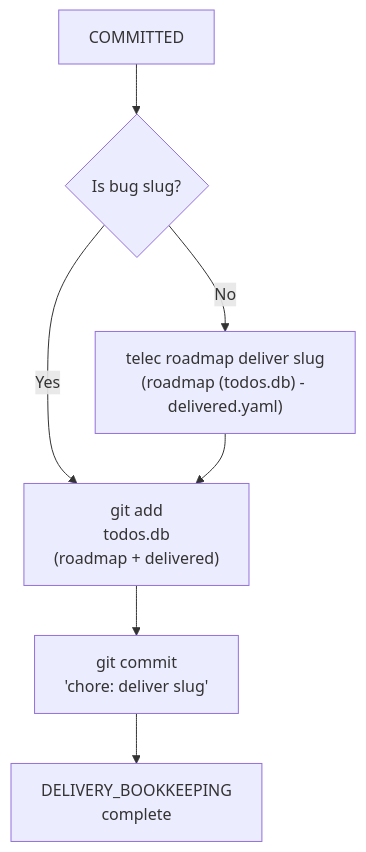
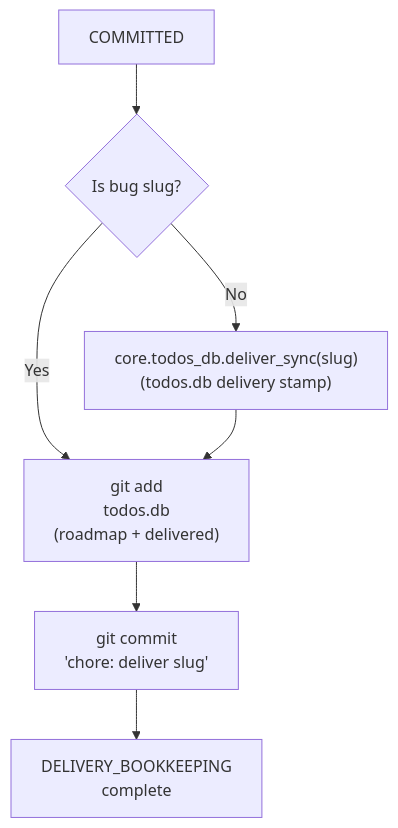
One commit to InstruktAI/TeleClaude changed the tenth of 12 diagrams in docs/project/design/architecture/integration-state-machine.md. Above: the diagram before and after it, drawn with Mermaid. The commit also changed other lines of this file and 74 other files, not shown here.

First line of the commit message:
refactor(todo-ordering-and-roadmap-namespace-collapse): collapse roadmap CLI into todo + derive section ordering

````diff
--- a/docs/project/design/architecture/integration-state-machine.md
+++ b/docs/project/design/architecture/integration-state-machine.md
@@ -450,20 +451,20 @@
 ```mermaid
 flowchart TD
     Committed["COMMITTED"]
 
     IsBug{"Is bug slug?"}
 
-    Deliver["telec roadmap deliver slug<br/>(roadmap (todos.db) - delivered.yaml)"]
+    Deliver["core.todos_db.deliver_sync(slug)<br/>(todos.db delivery stamp)"]
 
     Stage["git add<br/>todos.db<br/>(roadmap + delivered)"]
     Commit["git commit<br/>'chore: deliver slug'"]
 
     Push["DELIVERY_BOOKKEEPING<br/>complete"]
 
     Committed --> IsBug
     IsBug -->|"No"| Deliver
     IsBug -->|"Yes"| Stage
     Deliver --> Stage
     Stage --> Commit
     Commit --> Push
 ```
````
